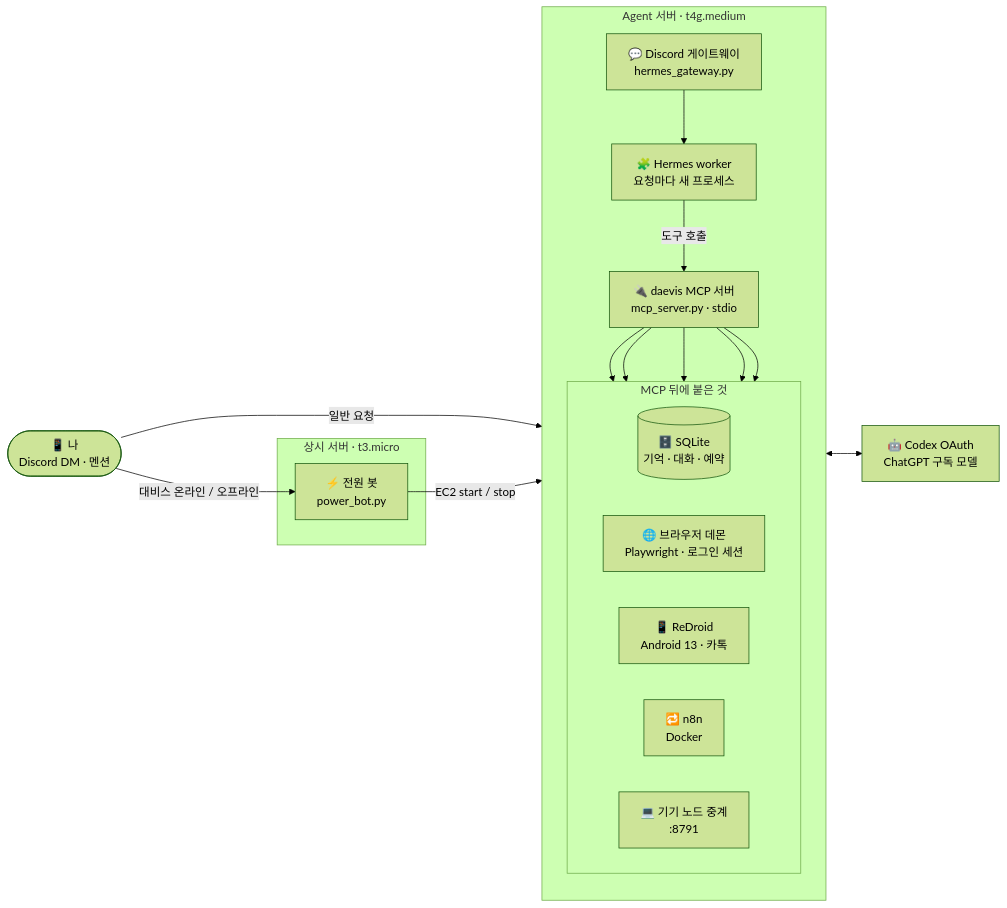
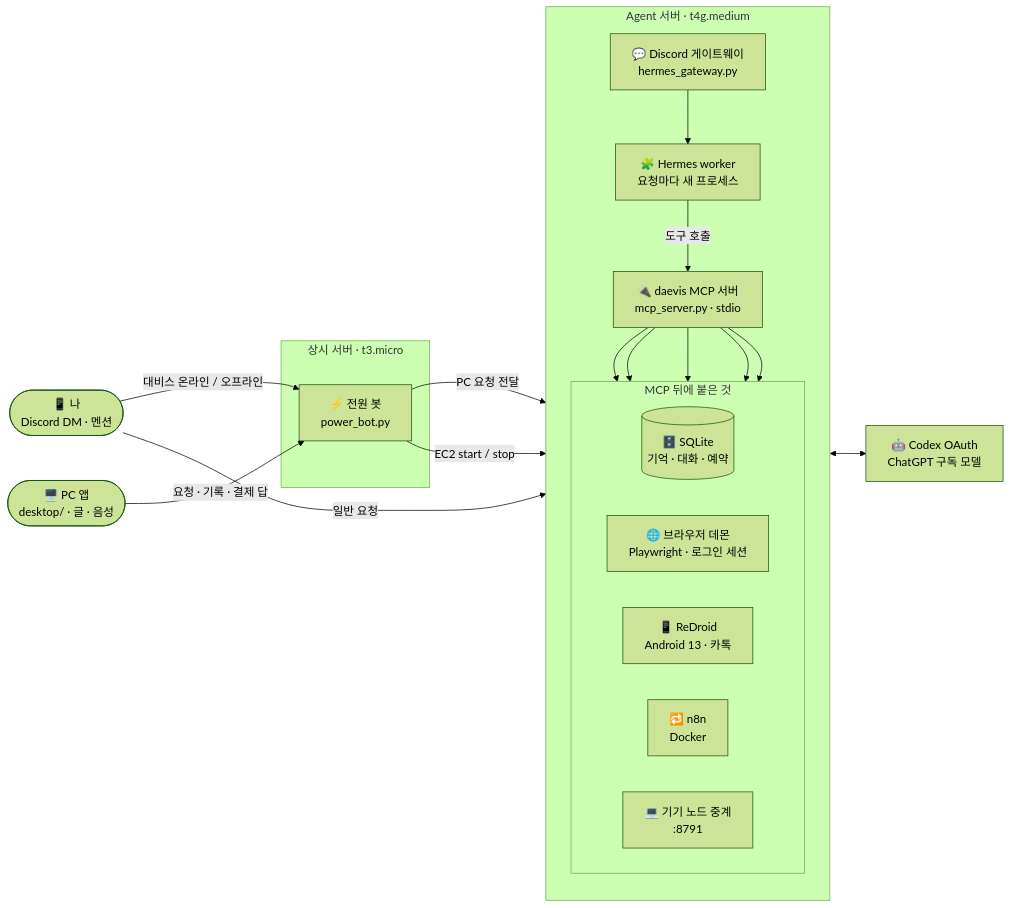
Before and after one commit to beans3142/personal-agent: the first of 3 diagrams in README.md, drawn with Mermaid (forest theme). The commit also changed other lines of this file and 28 other files, not shown here.

First line of the commit message:
feat: Daevis desktop app with typed requests, history and payment answers

````diff
--- a/README.md
+++ b/README.md
@@ -38,32 +39,35 @@
 ```mermaid
 flowchart LR
     me(["📱 나<br/>Discord DM · 멘션"])
+    app(["🖥️ PC 앱<br/>desktop/ · 글 · 음성"])
     codex["🤖 Codex OAuth<br/>ChatGPT 구독 모델"]
 
     subgraph always["상시 서버 · t3.micro"]
         power["⚡ 전원 봇<br/>power_bot.py"]
     end
 
     subgraph agent["Agent 서버 · t4g.medium"]
         direction TB
         gw["💬 Discord 게이트웨이<br/>hermes_gateway.py"]
         worker["🧩 Hermes worker<br/>요청마다 새 프로세스"]
         mcp["🔌 daevis MCP 서버<br/>mcp_server.py · stdio"]
         subgraph backends["MCP 뒤에 붙은 것"]
             direction LR
             db[("🗄️ SQLite<br/>기억 · 대화 · 예약")]
             browser["🌐 브라우저 데몬<br/>Playwright · 로그인 세션"]
             android["📱 ReDroid<br/>Android 13 · 카톡"]
             n8n["🔁 n8n<br/>Docker"]
             nodes["💻 기기 노드 중계<br/>:8791"]
         end
     end
 
     me -- "대비스 온라인 / 오프라인" --> power
+    app -- "요청 · 기록 · 결제 답" --> power
+    power -- "PC 요청 전달" --> gw
     power -- "EC2 start / stop" --> agent
     me -- "일반 요청" --> gw
     gw --> worker
     worker <--> codex
     worker -- "도구 호출" --> mcp
     mcp --> db & browser & android & n8n & nodes
 ```
````
